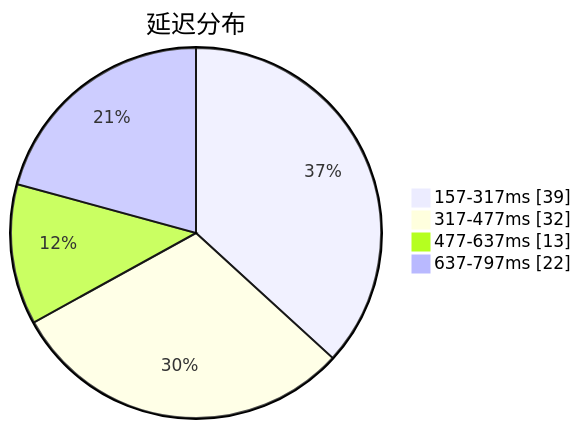
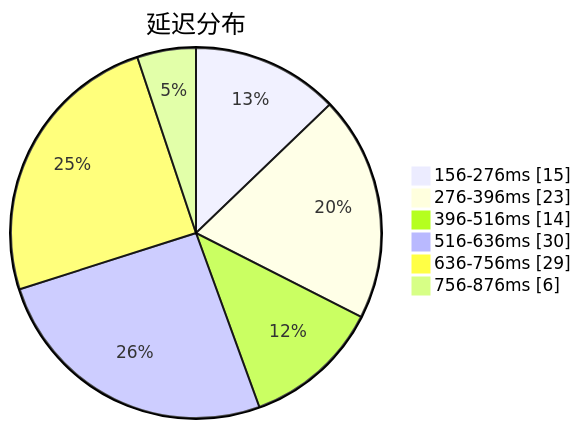
Before and after one commit to qjlxg/airport: the first of 3 diagrams in subs/statistics/tested_within.md, drawn with Mermaid. The commit also changed other lines of this file and 2 other files, not shown here.

````diff
--- a/subs/statistics/tested_within.md
+++ b/subs/statistics/tested_within.md
@@ -2,8 +2,10 @@
 ```mermaid
 pie showData
 title 延迟分布
-"157-317ms" : 39
-"317-477ms" : 32
-"477-637ms" : 13
-"637-797ms" : 22
+"156-276ms" : 15
+"276-396ms" : 23
+"396-516ms" : 14
+"516-636ms" : 30
+"636-756ms" : 29
+"756-876ms" : 6
 ```
````
